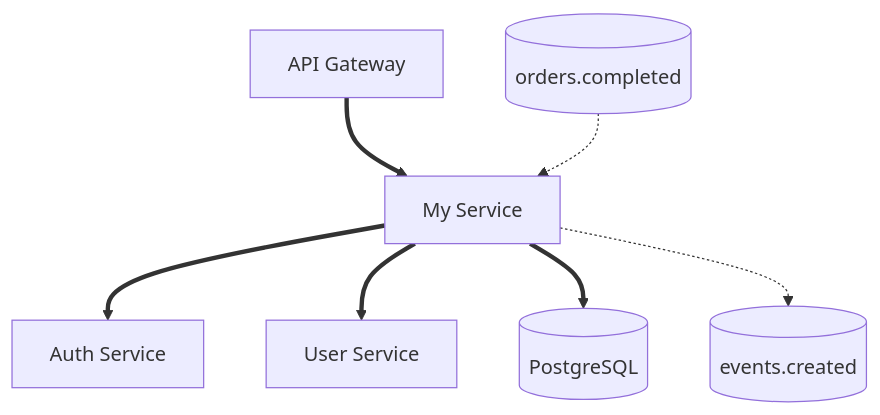
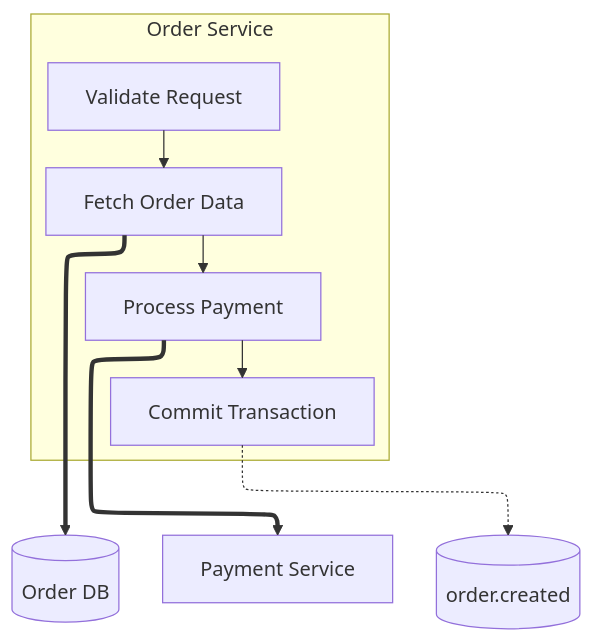
One commit to selimabeniacar/gemini-skills changed the second of 2 diagrams in prompts/phase2-generation.md. Above: the diagram before and after it, drawn with Mermaid. The commit also changed other lines of this file and 2 other files, not shown here.

````diff
--- a/prompts/phase2-generation.md
+++ b/prompts/phase2-generation.md
@@ -231,9 +225,15 @@
 ```mermaid
+%%{init: {"flowchart": {"defaultRenderer": "elk"}} }%%
 flowchart TD
-    E[API Gateway] ==> T[My Service]
-    T ==> D1[Auth Service]
-    T ==> D2[User Service]
-    T ==> DB[(PostgreSQL)]
-    T -.-> K1[(events.created)]
-    K2[(orders.completed)] -.-> T
+    subgraph S1 ["Order Service"]
+        direction TB
+        S1_step1[Validate Request] --> S1_step2[Fetch Order Data]
+        S1_step2 --> S1_step3[Process Payment]
+        S1_step3 --> S1_step4[Commit Transaction]
+    end
+
+    %% External dependency arrows connect FROM the relevant step
+    S1_step2 ==> DB1[(Order DB)]
+    S1_step3 ==> S2[Payment Service]
+    S1_step4 -.-> K1[(order.created)]
 ```
````
